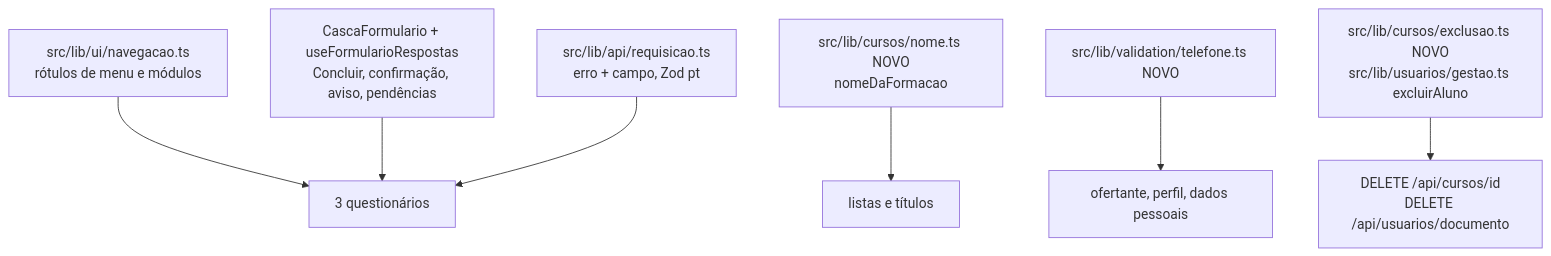
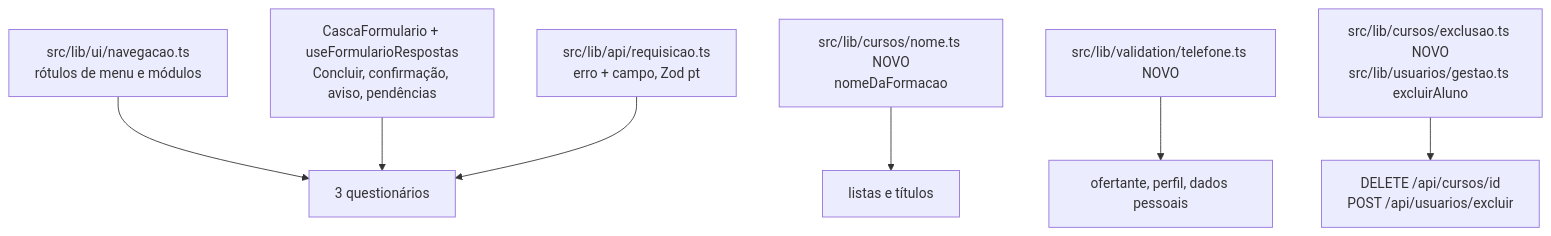
The diagram in .specs/features/revisao-usabilidade-1/design.md (lucassbalbino/SPMA), drawn with Mermaid before and after one commit. The commit also changed other lines of this file and 2 other files, not shown here.

First line of the commit message:
docs(revisao-usabilidade): keep the student CPF out of the delete URL

````diff
--- a/.specs/features/revisao-usabilidade-1/design.md
+++ b/.specs/features/revisao-usabilidade-1/design.md
@@ -14,9 +14,9 @@
 ```mermaid
 graph TD
     NAV[src/lib/ui/navegacao.ts<br/>rótulos de menu e módulos] --> TELAS
     CASCA[CascaFormulario + useFormularioRespostas<br/>Concluir, confirmação, aviso, pendências] --> TELAS[3 questionários]
     NOME[src/lib/cursos/nome.ts NOVO<br/>nomeDaFormacao] --> LISTAS[listas e títulos]
     VALID[src/lib/api/requisicao.ts<br/>erro + campo, Zod pt] --> TELAS
     TEL[src/lib/validation/telefone.ts NOVO] --> FORMS[ofertante, perfil, dados pessoais]
-    EXC[src/lib/cursos/exclusao.ts NOVO<br/>src/lib/usuarios/gestao.ts excluirAluno] --> ROTAS[DELETE /api/cursos/id<br/>DELETE /api/usuarios/documento]
+    EXC[src/lib/cursos/exclusao.ts NOVO<br/>src/lib/usuarios/gestao.ts excluirAluno] --> ROTAS[DELETE /api/cursos/id<br/>POST /api/usuarios/excluir]
 ```
````
